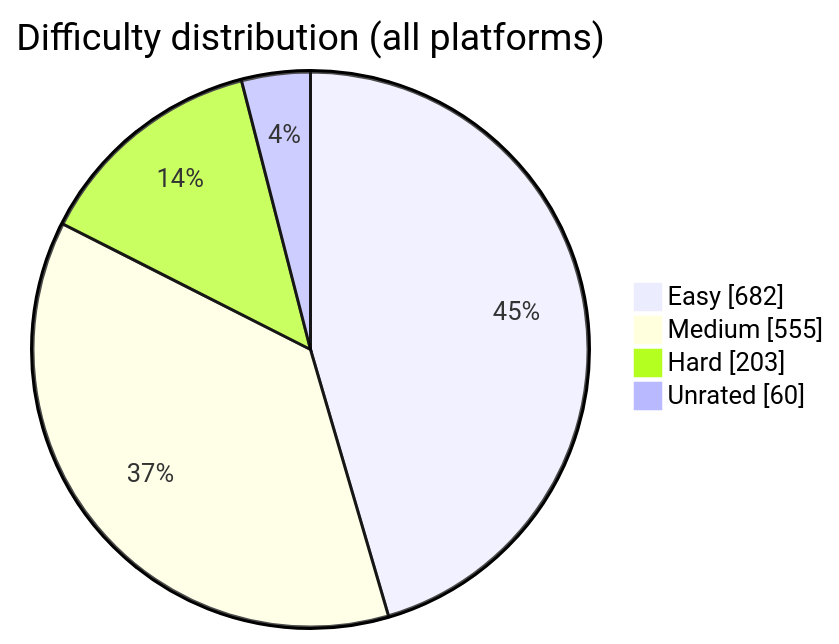
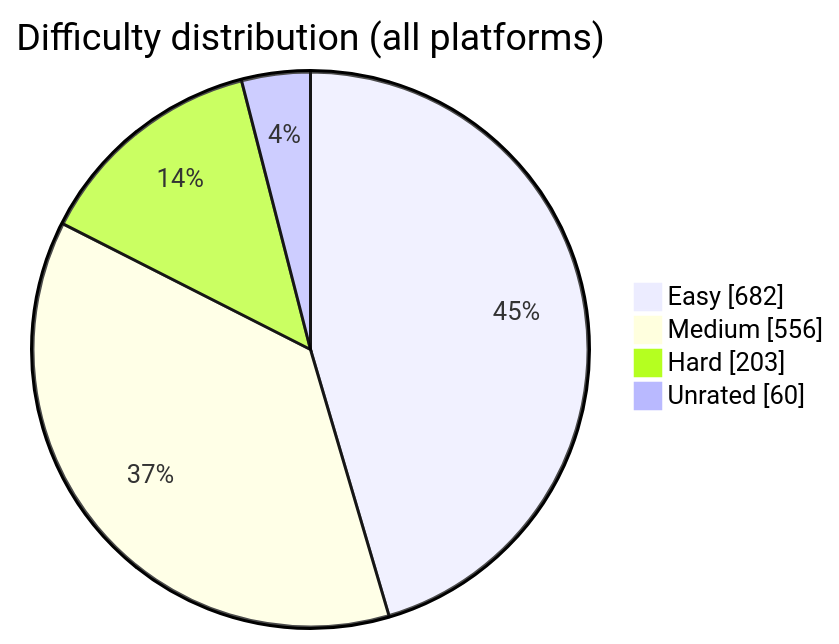
One commit to BuildbyArindam/Daily-Coding-Log changed the diagram in README.md. Above: the diagram before and after it, drawn with Mermaid. The commit also changed other lines of this file, not shown here.

````diff
--- a/README.md
+++ b/README.md
@@ -93,7 +93,7 @@
 ```mermaid
 pie showData title Difficulty distribution (all platforms)
     "Easy" : 682
-    "Medium" : 555
+    "Medium" : 556
     "Hard" : 203
     "Unrated" : 60
 ```
````
